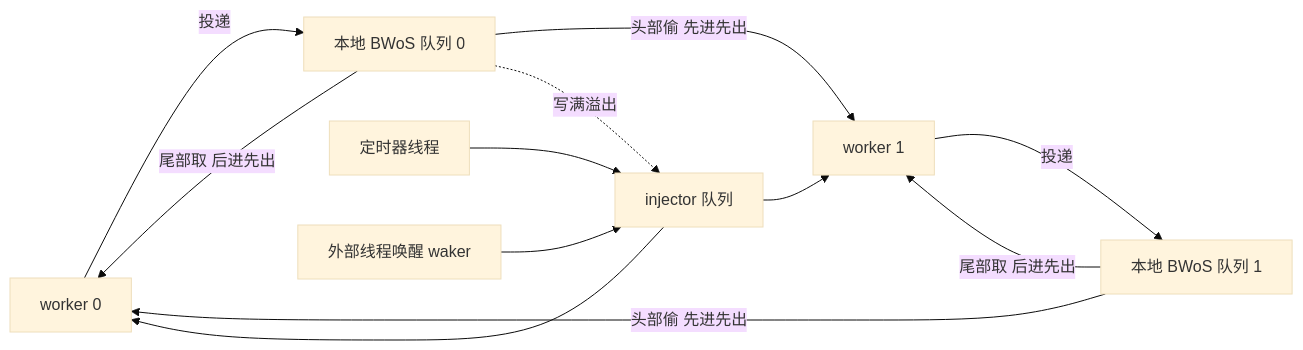
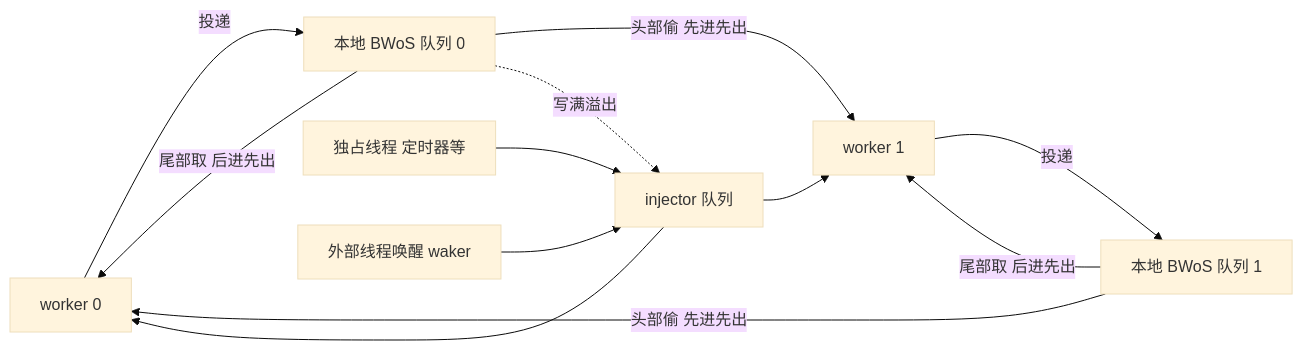
One commit to zhb1990/rskynet changed the third of 3 diagrams in README.md. Above: the diagram before and after it, drawn with Mermaid (base theme). The commit also changed other lines of this file and 21 other files, not shown here.

````diff
--- a/README.md
+++ b/README.md
@@ -82,14 +104,14 @@
 ```mermaid
 flowchart LR
     W0[worker 0] -->|投递| L0[本地 BWoS 队列 0]
     W1[worker 1] -->|投递| L1[本地 BWoS 队列 1]
     L0 -->|尾部取 后进先出| W0
     L1 -->|尾部取 后进先出| W1
     L1 -->|头部偷 先进先出| W0
     L0 -->|头部偷 先进先出| W1
-    Timer[定时器线程] --> INJ[injector 队列]
+    Timer[独占线程 定时器等] --> INJ[injector 队列]
     Ext[外部线程唤醒 waker] --> INJ
     L0 -.->|写满溢出| INJ
     INJ --> W0
     INJ --> W1
 ```
````
